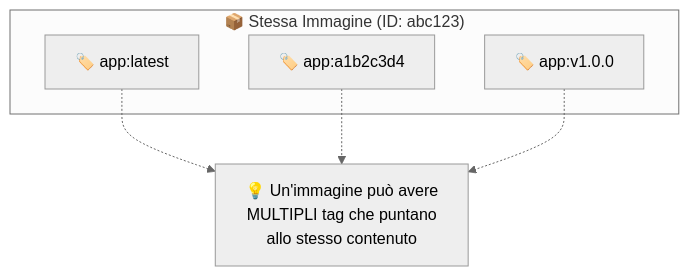
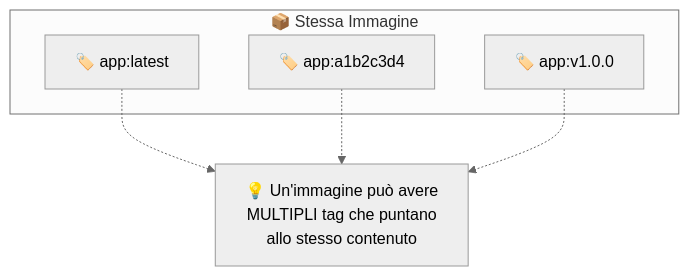
The eighth of 25 diagrams in appunti.md (lucadileo9/dev-experiments), drawn with Mermaid (neutral theme) before and after one commit. The commit also changed other lines of this file, not shown here.

````diff
--- a/appunti.md
+++ b/appunti.md
@@ -374,14 +379,14 @@
 ```mermaid
 flowchart TD
-    subgraph Image["📦 Stessa Immagine (ID: abc123)"]
+    subgraph Image["📦 Stessa Immagine"]
         T1["🏷️ app:latest"]
         T2["🏷️ app:a1b2c3d4"]
         T3["🏷️ app:v1.0.0"]
     end
     
     Note["💡 Un'immagine può avere<br/>MULTIPLI tag che puntano<br/>allo stesso contenuto"]
     
     T1 -.-> Note
     T2 -.-> Note
     T3 -.-> Note
 ```
````
